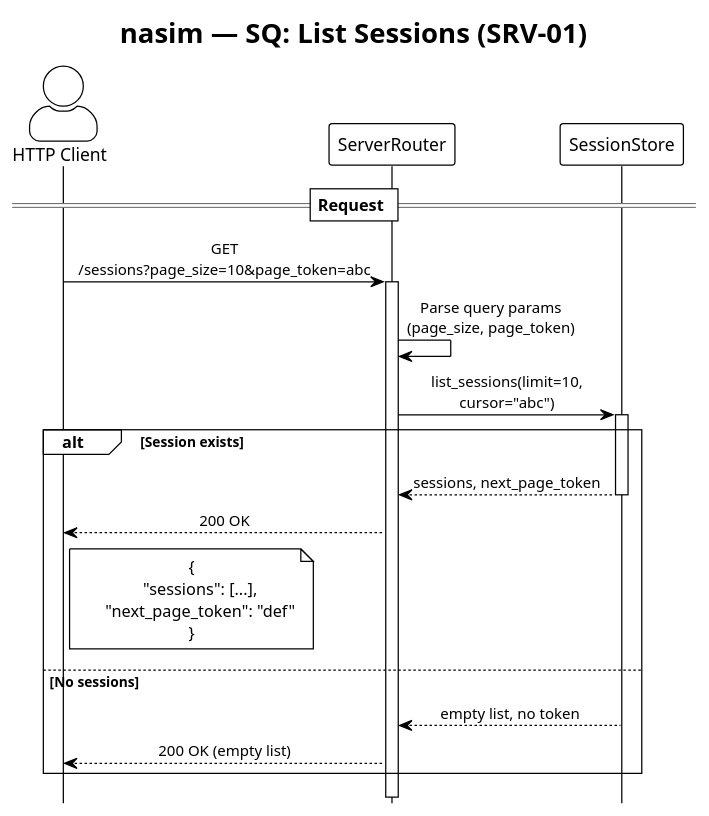
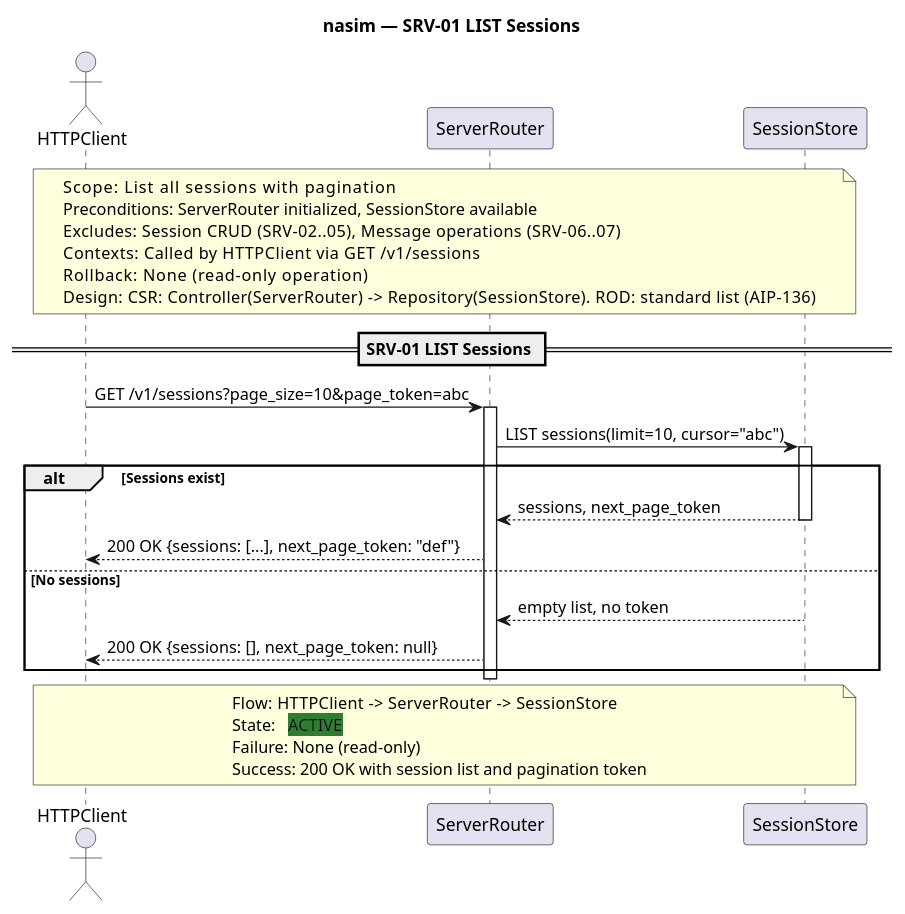
One commit to salimnamvar/nasim changed the diagram in docs/SQ/SRV/sq_srv01_list_sessions.puml. Above: the diagram before and after it, drawn with PlantUML. The commit also changed 141 other files, not shown here.

```diff
--- a/docs/SQ/SRV/sq_srv01_list_sessions.puml
+++ b/docs/SQ/SRV/sq_srv01_list_sessions.puml
@@ -1,50 +1,54 @@
 @startuml sq_srv01_list_sessions
-!include https://raw.githubusercontent.com/plantuml-stdlib/C4-PlantUML/v2.10.0/C4_Sequence.puml
-!theme plain
-
 ' ============================================================
-' Title:     nasim — SQ: List Sessions
-' UC:        SRV-01
-' Purpose:   ROD-compliant List operation for sessions
+' Title:     SRV-01 — LIST Sessions
+' Boundary:  nasim code agent HTTP API
+' Purpose:   List all sessions with pagination
 ' Milestone: v1.0
 ' Version:   1.0.0
-' Source:    docs/audit/audit.2026.06.20.car-framework-csr-rod.md
+' Source:    docs/UC/README.md
 ' Review:    —
 ' ============================================================
 
-title nasim — SQ: List Sessions (SRV-01)
+title nasim — SRV-01 LIST Sessions
 
-actor "HTTP Client" as client
+actor "HTTPClient" as client
 participant "ServerRouter" as router
 participant "SessionStore" as store
 
-== Request ==
+note over client, store
+  Scope:          List all sessions with pagination
+  Preconditions:  ServerRouter initialized, SessionStore available
+  Excludes:       Session CRUD (SRV-02..05), Message operations (SRV-06..07)
+  Contexts:       Called by HTTPClient via GET /v1/sessions
+  Rollback:       None (read-only operation)
+  Design:         CSR: Controller(ServerRouter) -> Repository(SessionStore). ROD: standard list (AIP-136)
+end note
 
-client -> router : GET /sessions?page_size=10&page_token=abc
+== SRV-01 LIST Sessions ==
+
+client -> router : GET /v1/sessions?page_size=10&page_token=abc
 activate router
 
-router -> router : Parse query params (page_size, page_token)
-router -> store : list_sessions(limit=10, cursor="abc")
+router -> store : LIST sessions(limit=10, cursor="abc")
 activate store
 
-alt Session exists
+alt Sessions exist
     store --> router : sessions, next_page_token
     deactivate store
-    
-    router --> client : 200 OK
-    note right of client
-        {
-            "sessions": [...],
-            "next_page_token": "def"
-        }
-    end note
+    router --> client : 200 OK {sessions: [...], next_page_token: "def"}
 else No sessions
     store --> router : empty list, no token
     deactivate store
-    
-    router --> client : 200 OK (empty list)
+    router --> client : 200 OK {sessions: [], next_page_token: null}
 end
 
 deactivate router
 
+note over client, store
+  Flow:    HTTPClient -> ServerRouter -> SessionStore
+  State:   <back:#2E7D32>ACTIVE</back>
+  Failure: None (read-only)
+  Success: 200 OK with session list and pagination token
+end note
+
 @enduml
```
